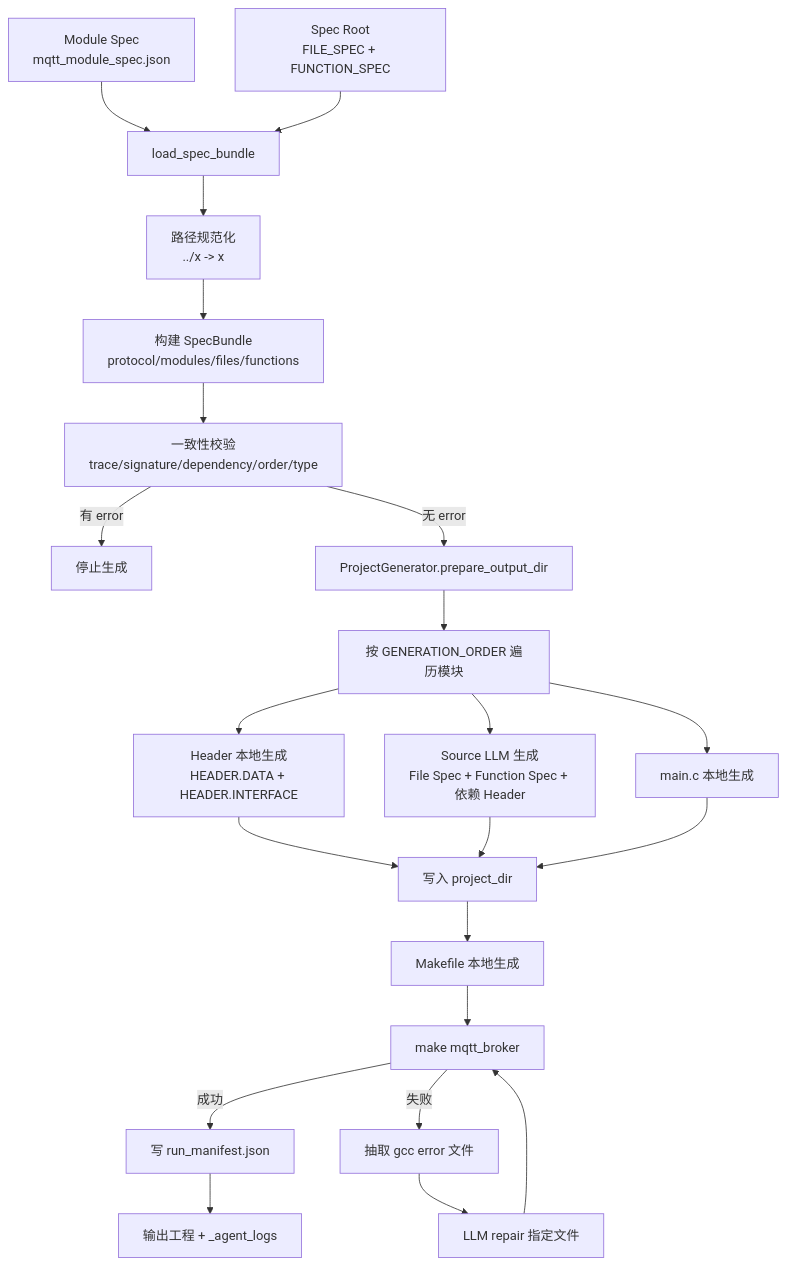
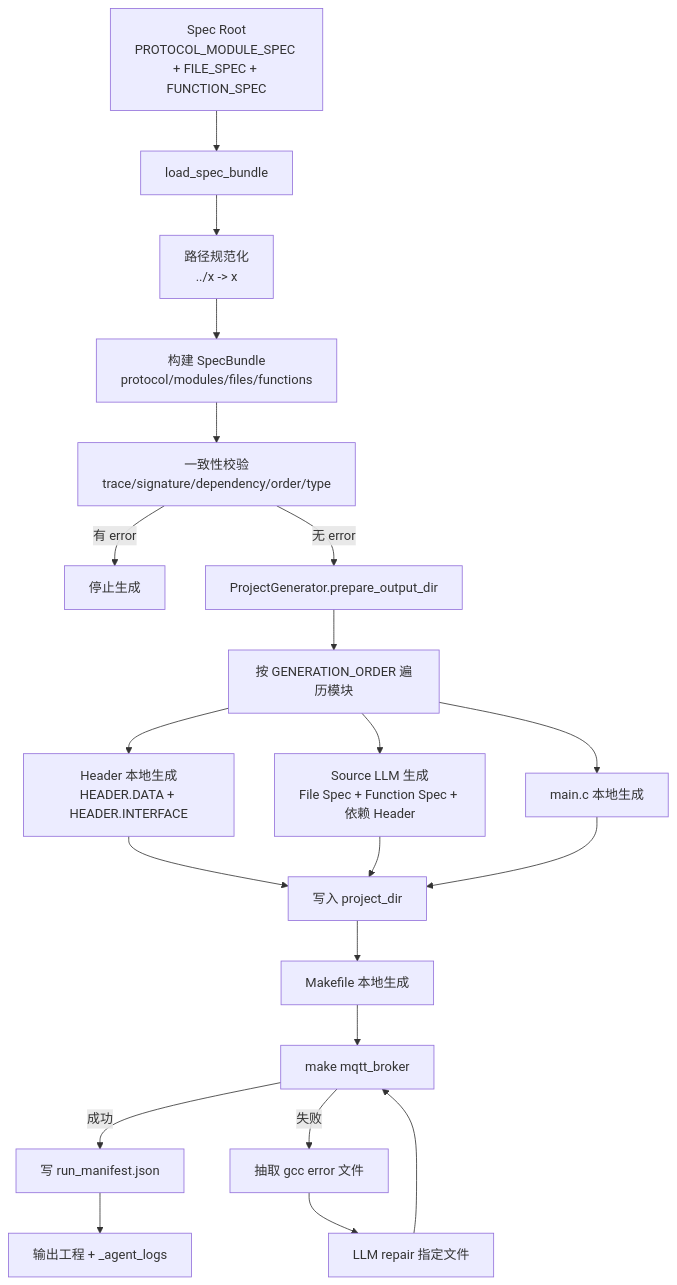
One commit to Assassin187/SpecForge changed the first of 3 diagrams in agent/coder/README.md. Above: the diagram before and after it, drawn with Mermaid. The commit also changed other lines of this file and 9 other files, not shown here.

````diff
--- a/agent/coder/README.md
+++ b/agent/coder/README.md
@@ -17,29 +17,28 @@
 ```mermaid
 flowchart TD
-    A[Module Spec<br/>mqtt_module_spec.json] --> C[load_spec_bundle]
-    B[Spec Root<br/>FILE_SPEC + FUNCTION_SPEC] --> C
+    B[Spec Root<br/>PROTOCOL_MODULE_SPEC + FILE_SPEC + FUNCTION_SPEC] --> C[load_spec_bundle]
 
     C --> D[路径规范化<br/>../x -> x]
     D --> E[构建 SpecBundle<br/>protocol/modules/files/functions]
     E --> F[一致性校验<br/>trace/signature/dependency/order/type]
 
     F -->|有 error| X[停止生成]
     F -->|无 error| G[ProjectGenerator.prepare_output_dir]
 
     G --> H[按 GENERATION_ORDER 遍历模块]
     H --> I[Header 本地生成<br/>HEADER.DATA + HEADER.INTERFACE]
     H --> J[Source LLM 生成<br/>File Spec + Function Spec + 依赖 Header]
     H --> K[main.c 本地生成]
 
     I --> L[写入 project_dir]
     J --> L
     K --> L
     L --> M[Makefile 本地生成]
     M --> N[make mqtt_broker]
 
     N -->|成功| O[写 run_manifest.json]
     N -->|失败| P[抽取 gcc error 文件]
     P --> Q[LLM repair 指定文件]
     Q --> N
     O --> R[输出工程 + _agent_logs]
 ```
````
